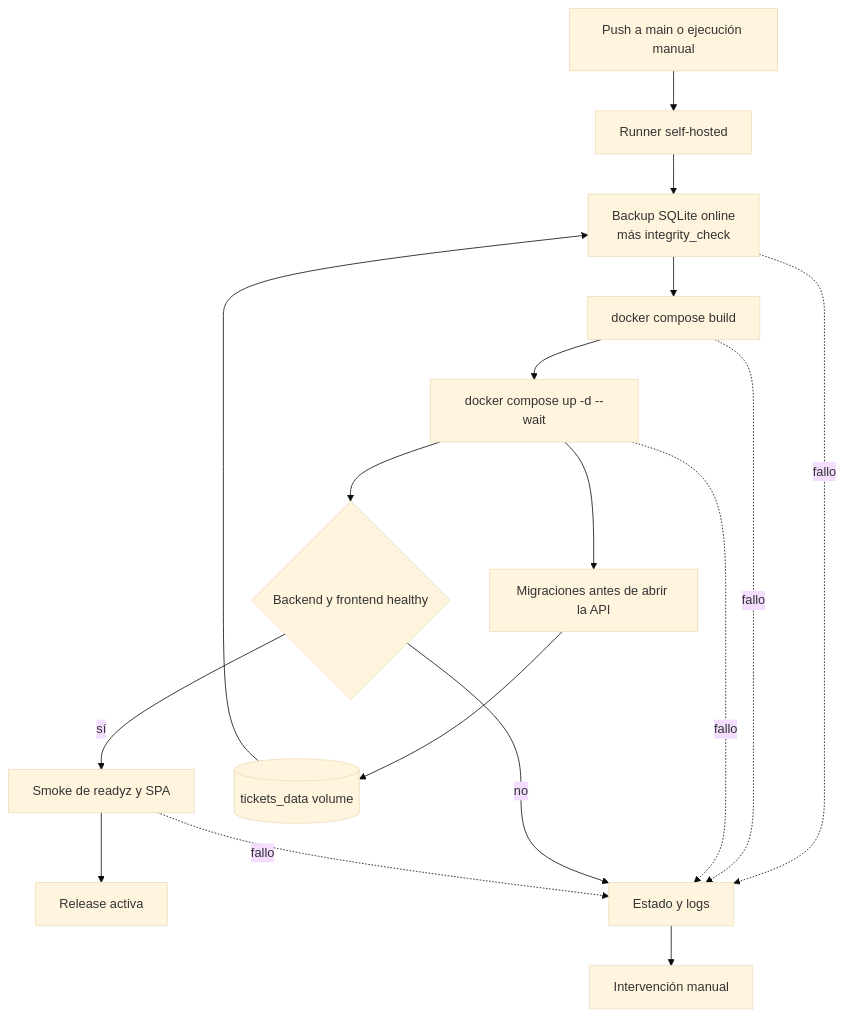
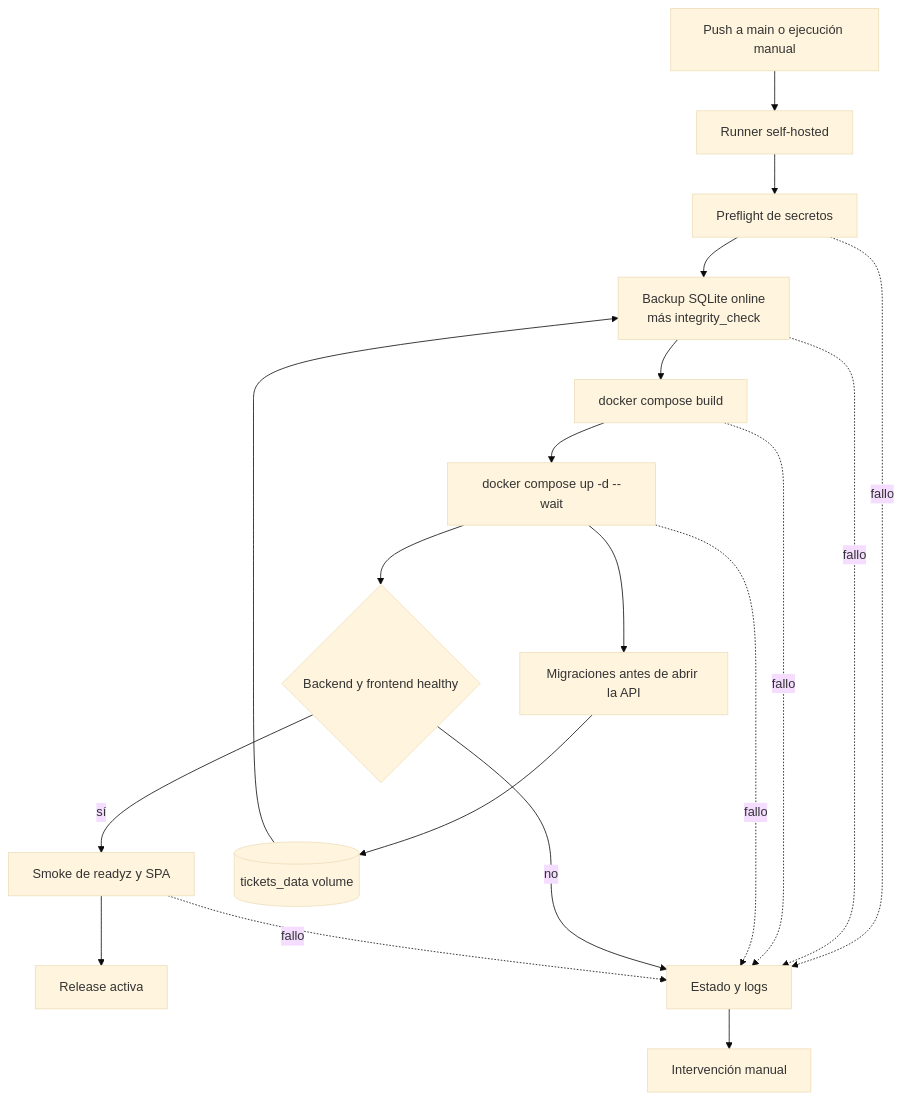
One commit to marianoLaclau/ticketsAdmin changed diagram 14 of 14 in docs/ARQUITECTURA.MD. Above: the diagram before and after it, drawn with Mermaid (base theme). The commit also changed other lines of this file and 6 other files, not shown here.

````diff
--- a/docs/ARQUITECTURA.MD
+++ b/docs/ARQUITECTURA.MD
@@ -615,27 +615,29 @@
 ```mermaid
 flowchart TD
     trigger[Push a main o ejecución manual]
     runner[Runner self-hosted]
+    secrets[Preflight de secretos]
     backup[Backup SQLite online<br/>más integrity_check]
     images[docker compose build]
     rollout[docker compose up -d --wait]
     migrate[Migraciones antes de abrir la API]
     health{Backend y frontend healthy}
     smoke[Smoke de readyz y SPA]
     active[Release activa]
     diagnostics[Estado y logs]
     intervention[Intervención manual]
     volume[(tickets_data volume)]
 
-    trigger --> runner --> backup --> images --> rollout
+    trigger --> runner --> secrets --> backup --> images --> rollout
     volume --> backup
     rollout --> migrate --> volume
     rollout --> health
     health -->|sí| smoke --> active
+    secrets -. fallo .-> diagnostics
     backup -. fallo .-> diagnostics
     images -. fallo .-> diagnostics
     rollout -. fallo .-> diagnostics
     health -->|no| diagnostics
     smoke -. fallo .-> diagnostics
     diagnostics --> intervention
 ```
````
